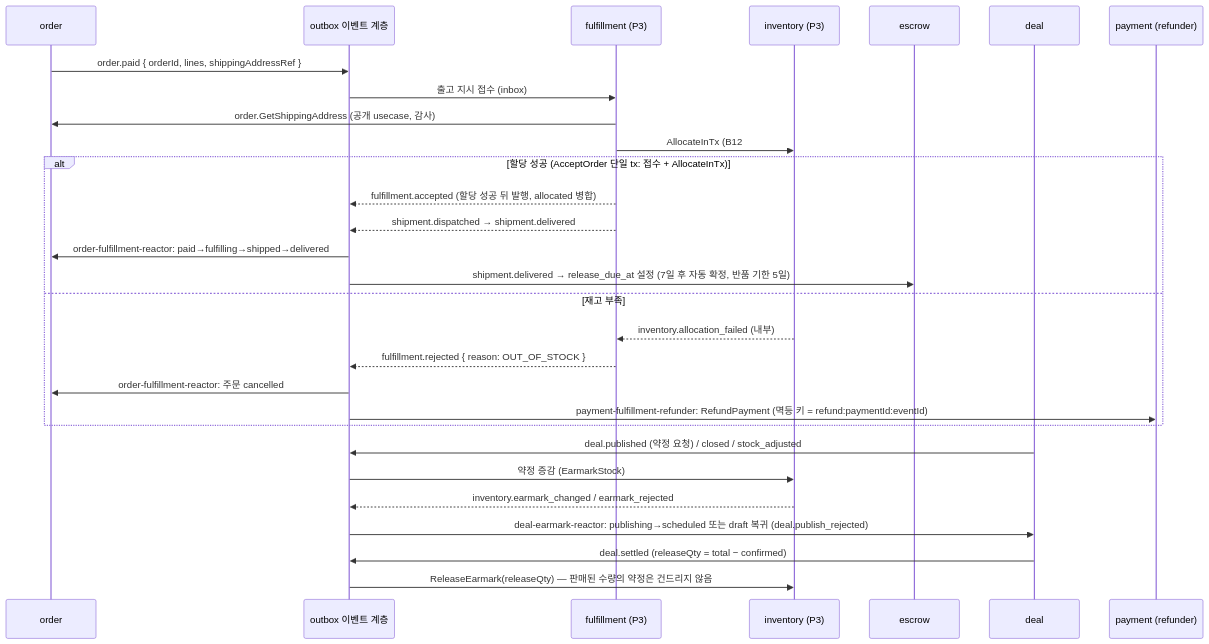
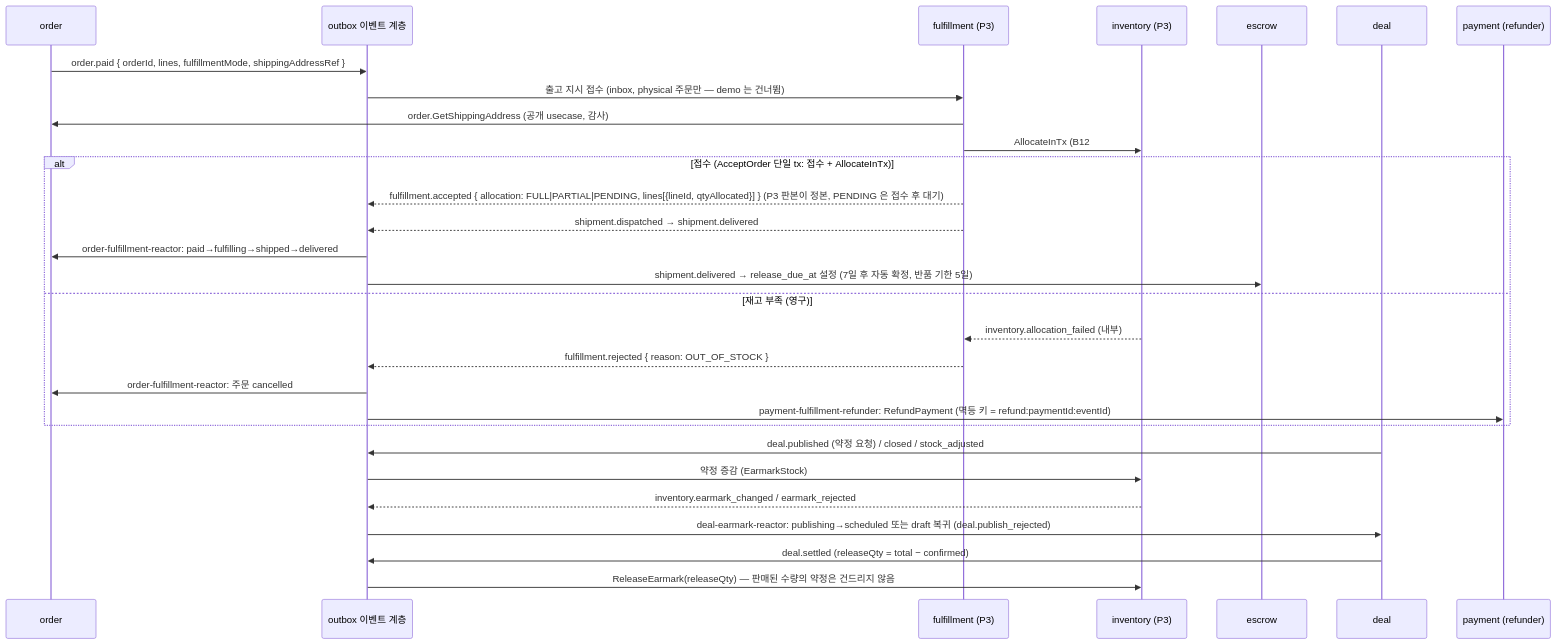
Diagram 23 of 26 in docs/design/phases/02-commerce.md (1985jwlee/portpolio_backend), drawn with Mermaid before and after one commit. The commit also changed other lines of this file and 50 other files, not shown here.

````diff
--- a/docs/design/phases/02-commerce.md
+++ b/docs/design/phases/02-commerce.md
@@ -1264,31 +1349,31 @@
 ```mermaid
 sequenceDiagram
     participant O as order
     participant X as outbox 이벤트 계층
     participant F as fulfillment (P3)
     participant I as inventory (P3)
     participant E as escrow
     participant D as deal
     participant PR as payment (refunder)
-    O->>X: order.paid { orderId, lines, shippingAddressRef }
-    X->>F: 출고 지시 접수 (inbox)
+    O->>X: order.paid { orderId, lines, fulfillmentMode, shippingAddressRef }
+    X->>F: 출고 지시 접수 (inbox, physical 주문만 — demo 는 건너뜀)
     F->>O: order.GetShippingAddress (공개 usecase, 감사)
     F->>I: AllocateInTx (B12 #10, SKU 포지션 조건부 UPDATE)
-    alt 할당 성공 (AcceptOrder 단일 tx: 접수 + AllocateInTx)
-        F-->>X: fulfillment.accepted (할당 성공 뒤 발행, allocated 병합)
+    alt 접수 (AcceptOrder 단일 tx: 접수 + AllocateInTx)
+        F-->>X: fulfillment.accepted { allocation: FULL|PARTIAL|PENDING, lines[{lineId, qtyAllocated}] } (P3 판본이 정본, PENDING 은 접수 후 대기)
         F-->>X: shipment.dispatched → shipment.delivered
         X->>O: order-fulfillment-reactor: paid→fulfilling→shipped→delivered
         X->>E: shipment.delivered → release_due_at 설정 (7일 후 자동 확정, 반품 기한 5일)
-    else 재고 부족
+    else 재고 부족 (영구)
         I-->>F: inventory.allocation_failed (내부)
         F-->>X: fulfillment.rejected { reason: OUT_OF_STOCK }
         X->>O: order-fulfillment-reactor: 주문 cancelled
         X->>PR: payment-fulfillment-refunder: RefundPayment (멱등 키 = refund:paymentId:eventId)
     end
     D->>X: deal.published (약정 요청) / closed / stock_adjusted
     X->>I: 약정 증감 (EarmarkStock)
     I-->>X: inventory.earmark_changed / earmark_rejected
     X->>D: deal-earmark-reactor: publishing→scheduled 또는 draft 복귀 (deal.publish_rejected)
     D->>X: deal.settled (releaseQty = total − confirmed)
     X->>I: ReleaseEarmark(releaseQty) — 판매된 수량의 약정은 건드리지 않음
 ```
````
